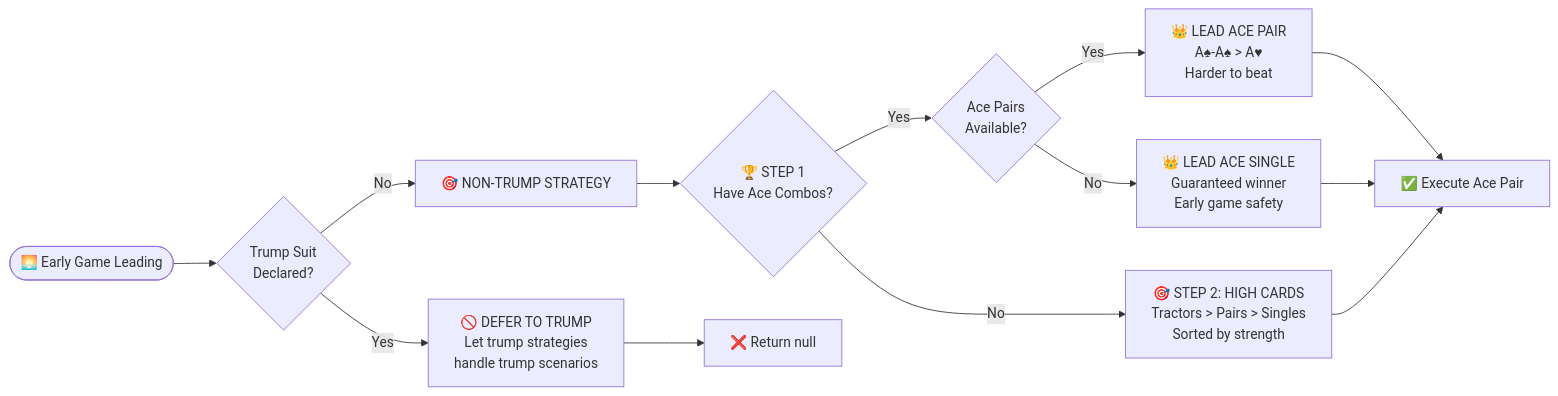
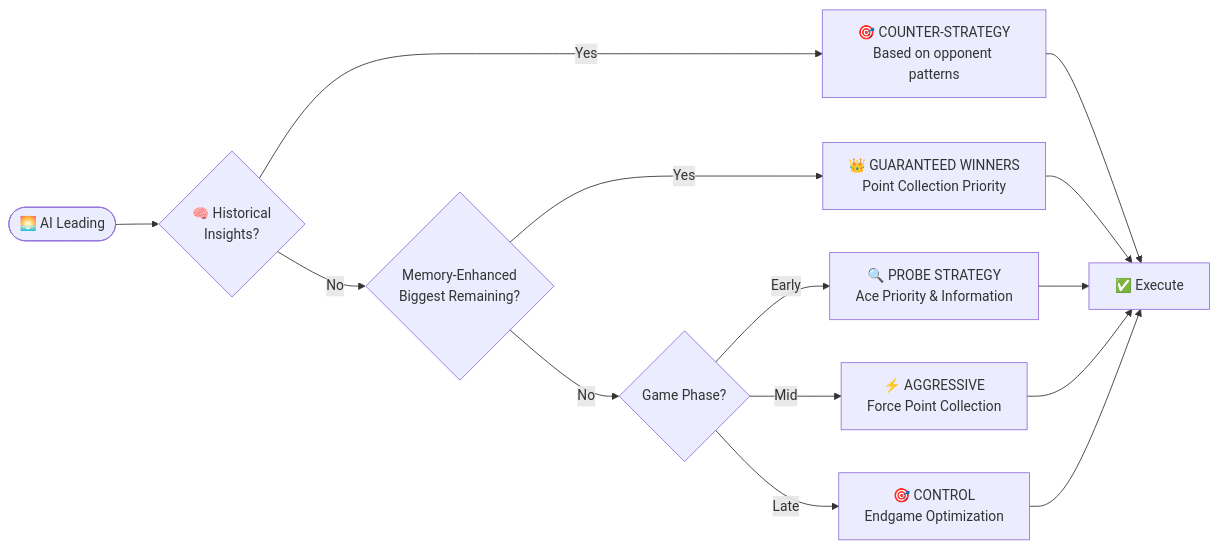
Before and after one commit to ejfn/Tractor: the third of 5 diagrams in docs/AI_SYSTEM.md, drawn with Mermaid. The commit also changed other lines of this file and 2 other files, not shown here.

````diff
--- a/docs/AI_SYSTEM.md
+++ b/docs/AI_SYSTEM.md
@@ -81,16 +184,17 @@
 ```mermaid
 flowchart LR
-    Start([🌅 Early Game Leading]) --> Trump{Trump Suit<br/>Declared?}
-    Trump -->|Yes| Defer[🚫 DEFER TO TRUMP<br/>Let trump strategies<br/>handle trump scenarios]
-    Trump -->|No| NonTrump[🎯 NON-TRUMP STRATEGY]
-    NonTrump --> Step1{🏆 STEP 1<br/>Have Ace Combos?}
-    Step1 -->|Yes| AcePairs{Ace Pairs<br/>Available?}
-    AcePairs -->|Yes| LeadAcePair[👑 LEAD ACE PAIR<br/>A♠-A♠ > A♥<br/>Harder to beat]
-    AcePairs -->|No| LeadAceSingle[👑 LEAD ACE SINGLE<br/>Guaranteed winner<br/>Early game safety]
-    Step1 -->|No| Step2[🎯 STEP 2: HIGH CARDS<br/>Tractors > Pairs > Singles<br/>Sorted by strength]
+    Start([🌅 AI Leading]) --> Historical{🧠 Historical<br/>Insights?}
+    Historical -->|Yes| Counter[🎯 COUNTER-STRATEGY<br/>Based on opponent patterns]
+    Historical -->|No| Memory{Memory-Enhanced<br/>Biggest Remaining?}
+    Memory -->|Yes| Guaranteed[👑 GUARANTEED WINNERS<br/>Point Collection Priority]
+    Memory -->|No| Phase{Game Phase?}
+    Phase -->|Early| Probe[🔍 PROBE STRATEGY<br/>Ace Priority & Information]
+    Phase -->|Mid| Aggressive[⚡ AGGRESSIVE<br/>Force Point Collection]
+    Phase -->|Late| Control[🎯 CONTROL<br/>Endgame Optimization]
     
-    Defer --> End[❌ Return null]
-    LeadAcePair --> End2[✅ Execute Ace Pair]
-    LeadAceSingle --> End2
-    Step2 --> End2
+    Counter --> Execute[✅ Execute]
+    Guaranteed --> Execute
+    Probe --> Execute
+    Aggressive --> Execute
+    Control --> Execute
 ```
````
